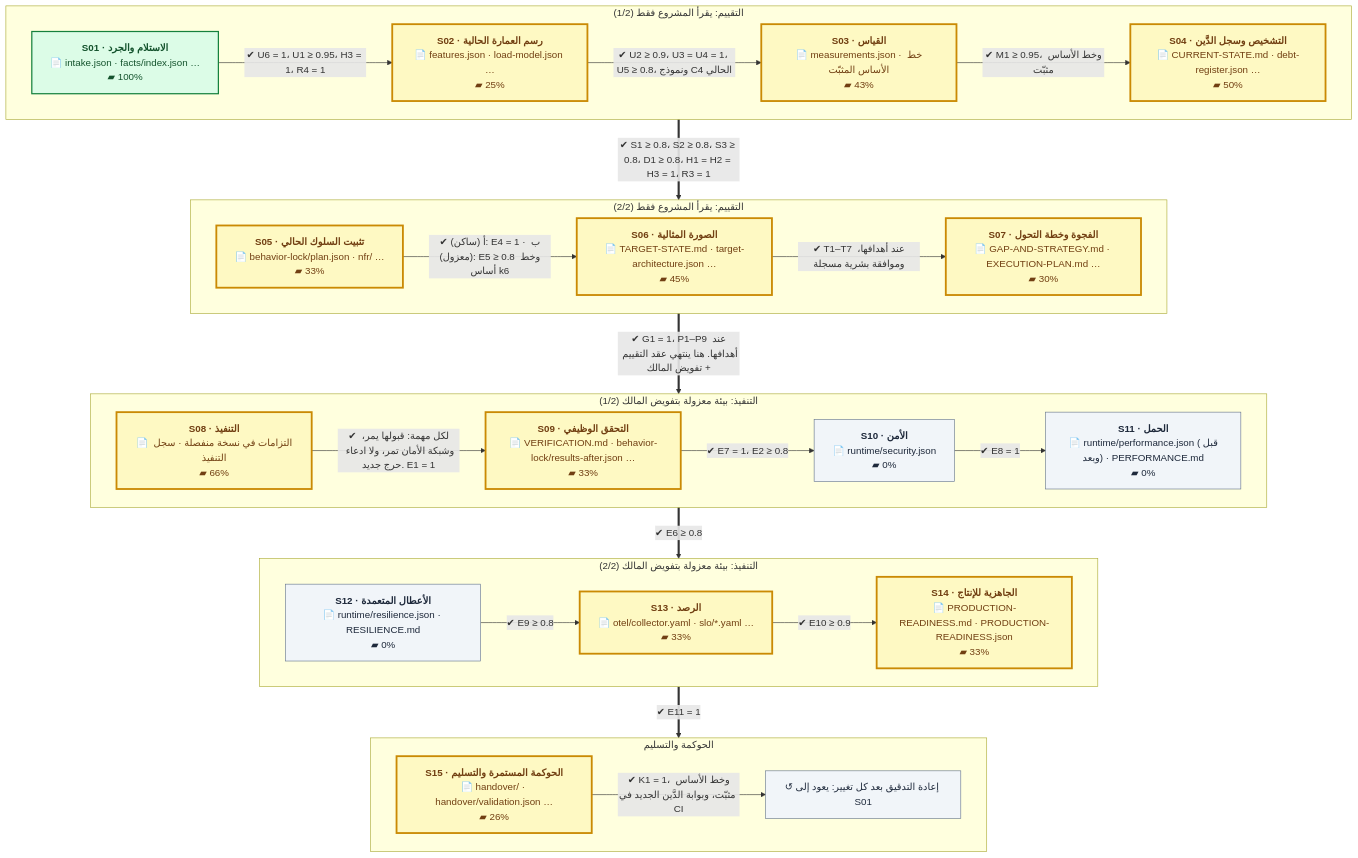
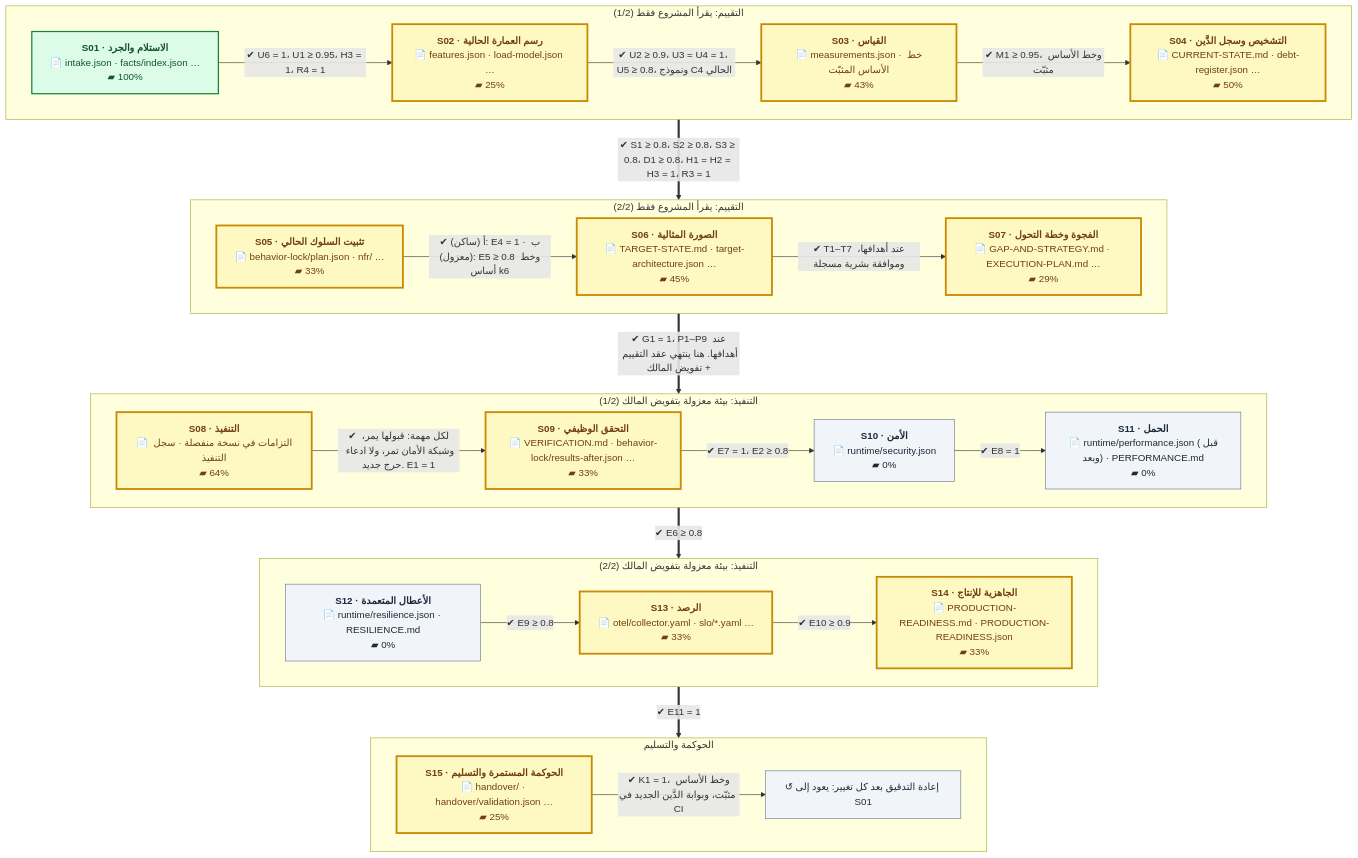
Before and after one commit to eom1417/engineering-audit-os: the first of 2 diagrams in README.md, drawn with Mermaid. The commit also changed other lines of this file and 13 other files, not shown here.

````diff
--- a/README.md
+++ b/README.md
@@ -52,54 +52,54 @@
 ```mermaid
 %%{init: {'flowchart': {'wrappingWidth': 260, 'nodeSpacing': 40, 'rankSpacing': 60}}}%%
 flowchart TB
     subgraph P1["التقييم: يقرأ المشروع فقط (1/2)"]
         direction LR
         S01["<b>S01 · الاستلام والجرد</b><br/>📄 intake.json · facts/index.json …<br/>▰ 100%"]:::done
         S02["<b>S02 · رسم العمارة الحالية</b><br/>📄 features.json · load-model.json …<br/>▰ 25%"]:::current
         S03["<b>S03 · القياس</b><br/>📄 measurements.json · خط الأساس المثبّت<br/>▰ 43%"]:::current
         S04["<b>S04 · التشخيص وسجل الدَّين</b><br/>📄 CURRENT-STATE.md · debt-register.json …<br/>▰ 50%"]:::current
         S01 -->|"✔ U6 = 1، U1 ≥ 0.95، H3 = 1، R4 = 1"| S02
         S02 -->|"✔ U2 ≥ 0.9، U3 = U4 = 1، U5 ≥ 0.8، ونموذج C4 الحالي"| S03
         S03 -->|"✔ M1 ≥ 0.95، وخط الأساس مثبّت"| S04
     end
     subgraph P2["التقييم: يقرأ المشروع فقط (2/2)"]
         direction LR
         S05["<b>S05 · تثبيت السلوك الحالي</b><br/>📄 behavior-lock/plan.json · nfr/ …<br/>▰ 33%"]:::current
         S06["<b>S06 · الصورة المثالية</b><br/>📄 TARGET-STATE.md · target-architecture.json …<br/>▰ 45%"]:::current
-        S07["<b>S07 · الفجوة وخطة التحول</b><br/>📄 GAP-AND-STRATEGY.md · EXECUTION-PLAN.md …<br/>▰ 30%"]:::current
+        S07["<b>S07 · الفجوة وخطة التحول</b><br/>📄 GAP-AND-STRATEGY.md · EXECUTION-PLAN.md …<br/>▰ 29%"]:::current
         S05 -->|"✔ أ (ساكن): E4 = 1 · ب (معزول): E5 ≥ 0.8 وخط أساس k6"| S06
         S06 -->|"✔ T1–T7 عند أهدافها، وموافقة بشرية مسجلة"| S07
     end
     subgraph P3["التنفيذ: بيئة معزولة بتفويض المالك (1/2)"]
         direction LR
-        S08["<b>S08 · التنفيذ</b><br/>📄 التزامات في نسخة منفصلة · سجل التنفيذ<br/>▰ 66%"]:::current
+        S08["<b>S08 · التنفيذ</b><br/>📄 التزامات في نسخة منفصلة · سجل التنفيذ<br/>▰ 64%"]:::current
         S09["<b>S09 · التحقق الوظيفي</b><br/>📄 VERIFICATION.md · behavior-lock/results-after.json …<br/>▰ 33%"]:::current
         S10["<b>S10 · الأمن</b><br/>📄 runtime/security.json<br/>▰ 0%"]:::next
         S11["<b>S11 · الحمل</b><br/>📄 runtime/performance.json (قبل وبعد) · PERFORMANCE.md<br/>▰ 0%"]:::next
         S08 -->|"✔ لكل مهمة: قبولها يمر، وشبكة الأمان تمر، ولا ادعاء حرج جديد. E1 = 1"| S09
         S09 -->|"✔ E7 = 1، E2 ≥ 0.8"| S10
         S10 -->|"✔ E8 = 1"| S11
     end
     subgraph P4["التنفيذ: بيئة معزولة بتفويض المالك (2/2)"]
         direction LR
         S12["<b>S12 · الأعطال المتعمدة</b><br/>📄 runtime/resilience.json · RESILIENCE.md<br/>▰ 0%"]:::next
         S13["<b>S13 · الرصد</b><br/>📄 otel/collector.yaml · slo/*.yaml …<br/>▰ 33%"]:::current
         S14["<b>S14 · الجاهزية للإنتاج</b><br/>📄 PRODUCTION-READINESS.md · PRODUCTION-READINESS.json<br/>▰ 33%"]:::current
         S12 -->|"✔ E9 ≥ 0.8"| S13
         S13 -->|"✔ E10 ≥ 0.9"| S14
     end
     subgraph P5["الحوكمة والتسليم"]
         direction LR
-        S15["<b>S15 · الحوكمة المستمرة والتسليم</b><br/>📄 handover/ · handover/validation.json …<br/>▰ 26%"]:::current
+        S15["<b>S15 · الحوكمة المستمرة والتسليم</b><br/>📄 handover/ · handover/validation.json …<br/>▰ 25%"]:::current
         LOOP["↺ إعادة التدقيق بعد كل تغيير: يعود إلى S01"]:::next
         S15 -->|"✔ K1 = 1، وخط الأساس مثبّت، وبوابة الدَّين الجديد في CI"| LOOP
     end
     P1 ==>|"✔ S1 ≥ 0.8، S2 ≥ 0.8، S3 ≥ 0.8، D1 ≥ 0.8، H1 = H2 = H3 = 1، R3 = 1"| P2
     P2 ==>|"✔ G1 = 1، P1–P9 عند أهدافها. هنا ينتهي عقد التقييم + تفويض المالك"| P3
     P3 ==>|"✔ E6 ≥ 0.8"| P4
     P4 ==>|"✔ E11 = 1"| P5
     classDef done fill:#dcfce7,stroke:#15803d,color:#14532d,stroke-width:2px
     classDef current fill:#fef9c3,stroke:#ca8a04,color:#713f12,stroke-width:3px
     classDef next fill:#f1f5f9,stroke:#64748b,color:#1e293b
     classDef owner fill:#fee2e2,stroke:#b91c1c,color:#7f1d1d,stroke-dasharray:5 3
 ```
````
